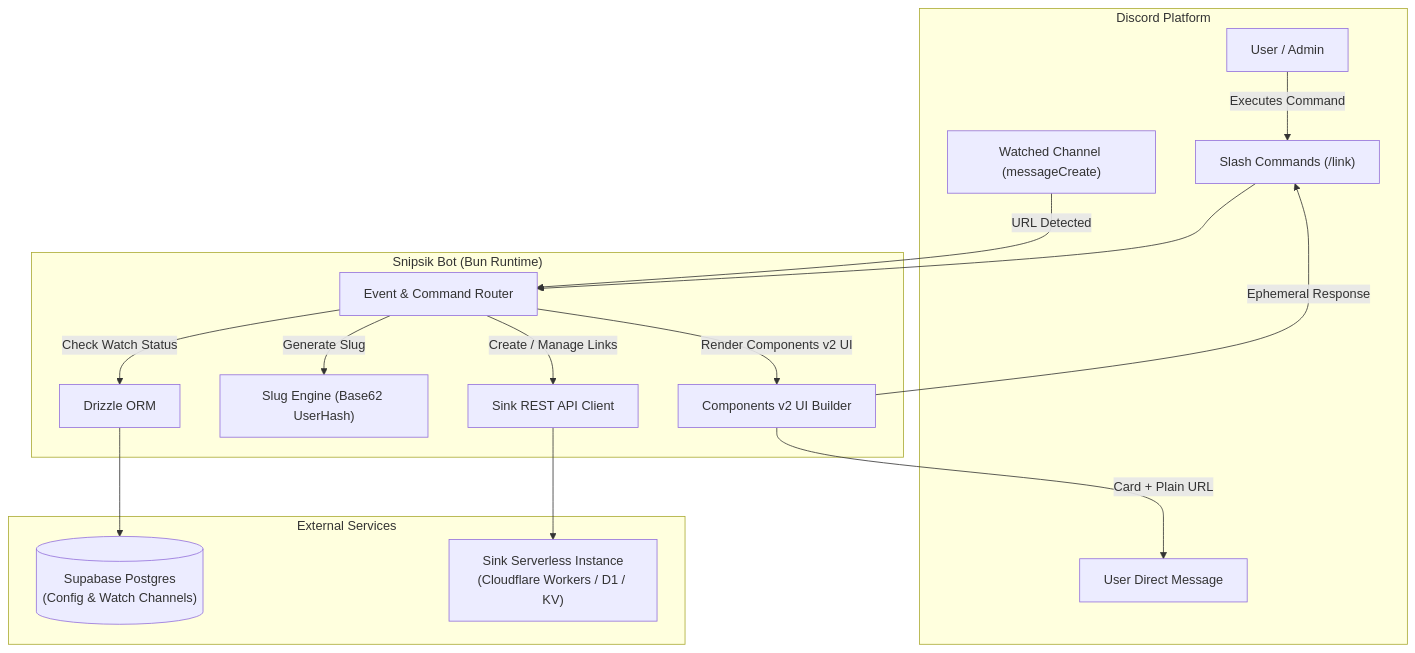
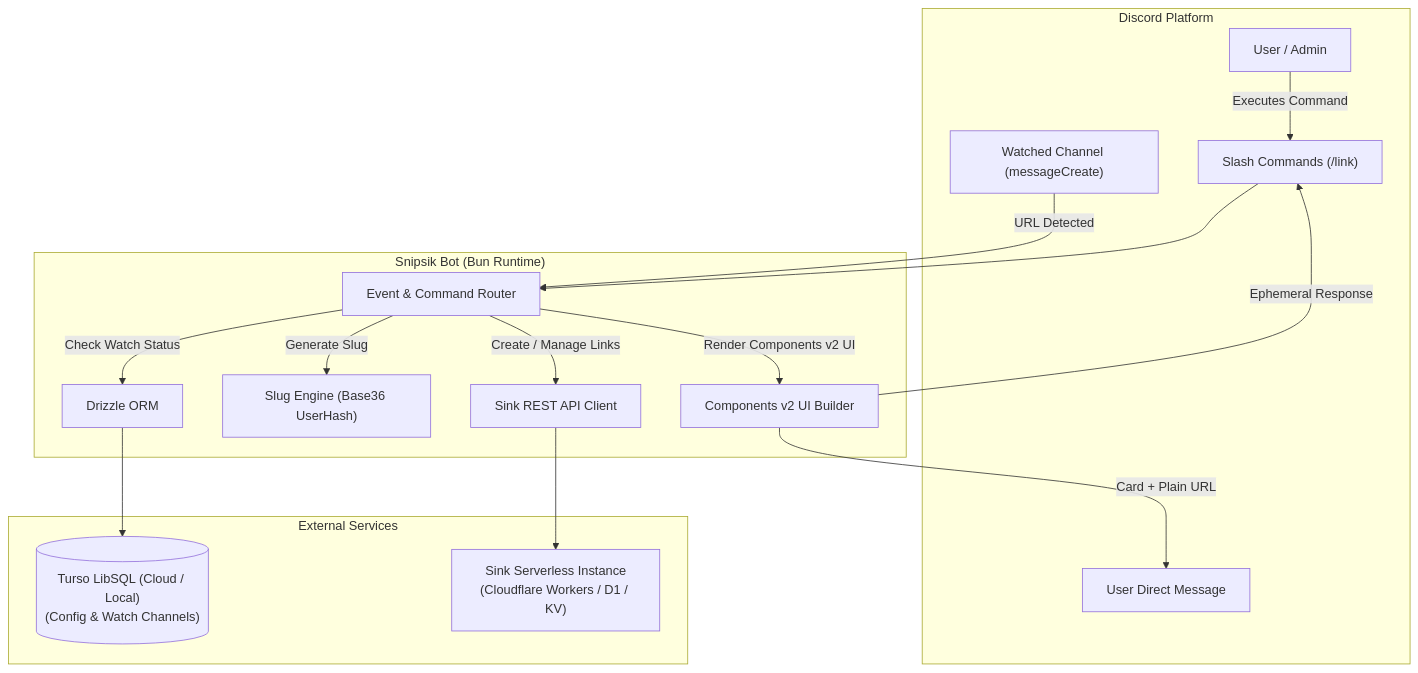
The diagram in docs/ARCHITECTURE.md (Japsik-Server/Snipsik), drawn with Mermaid before and after one commit. The commit also changed other lines of this file and 5 other files, not shown here.

First line of the commit message:
docs: update documentation to reflect recent architecture and feature patches (#40)

````diff
--- a/docs/ARCHITECTURE.md
+++ b/docs/ARCHITECTURE.md
@@ -5,31 +5,31 @@
 ```mermaid
 flowchart TD
     subgraph Discord ["Discord Platform"]
         User["User / Admin"]
         GuildChannel["Watched Channel (messageCreate)"]
         DM["User Direct Message"]
         SlashCmd["Slash Commands (/link)"]
     end
 
     subgraph SnipsikBot ["Snipsik Bot (Bun Runtime)"]
         Router["Event & Command Router"]
-        SlugEngine["Slug Engine (Base62 UserHash)"]
+        SlugEngine["Slug Engine (Base36 UserHash)"]
         UIBuilder["Components v2 UI Builder"]
         SinkClient["Sink REST API Client"]
         Drizzle["Drizzle ORM"]
     end
 
     subgraph ExternalServices ["External Services"]
-        Supabase[("Supabase Postgres\n(Config & Watch Channels)")]
+        Turso[("Turso LibSQL (Cloud / Local)\n(Config & Watch Channels)")]
         SinkInstance["Sink Serverless Instance\n(Cloudflare Workers / D1 / KV)"]
     end
 
     User -->|Executes Command| SlashCmd --> Router
     GuildChannel -->|URL Detected| Router
-    Router -->|Check Watch Status| Drizzle --> Supabase
+    Router -->|Check Watch Status| Drizzle --> Turso
     Router -->|Generate Slug| SlugEngine
     Router -->|Create / Manage Links| SinkClient --> SinkInstance
     Router -->|Render Components v2 UI| UIBuilder
     UIBuilder -->|Ephemeral Response| SlashCmd
     UIBuilder -->|Card + Plain URL| DM
 ```
````
